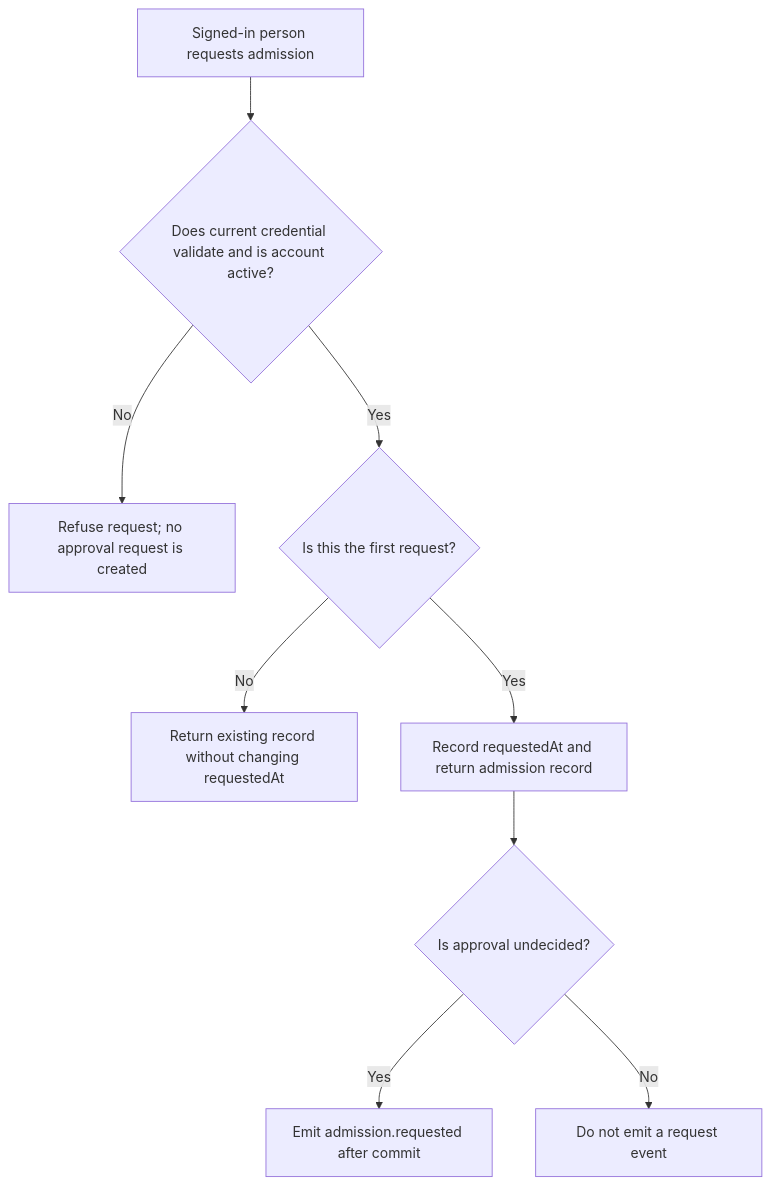
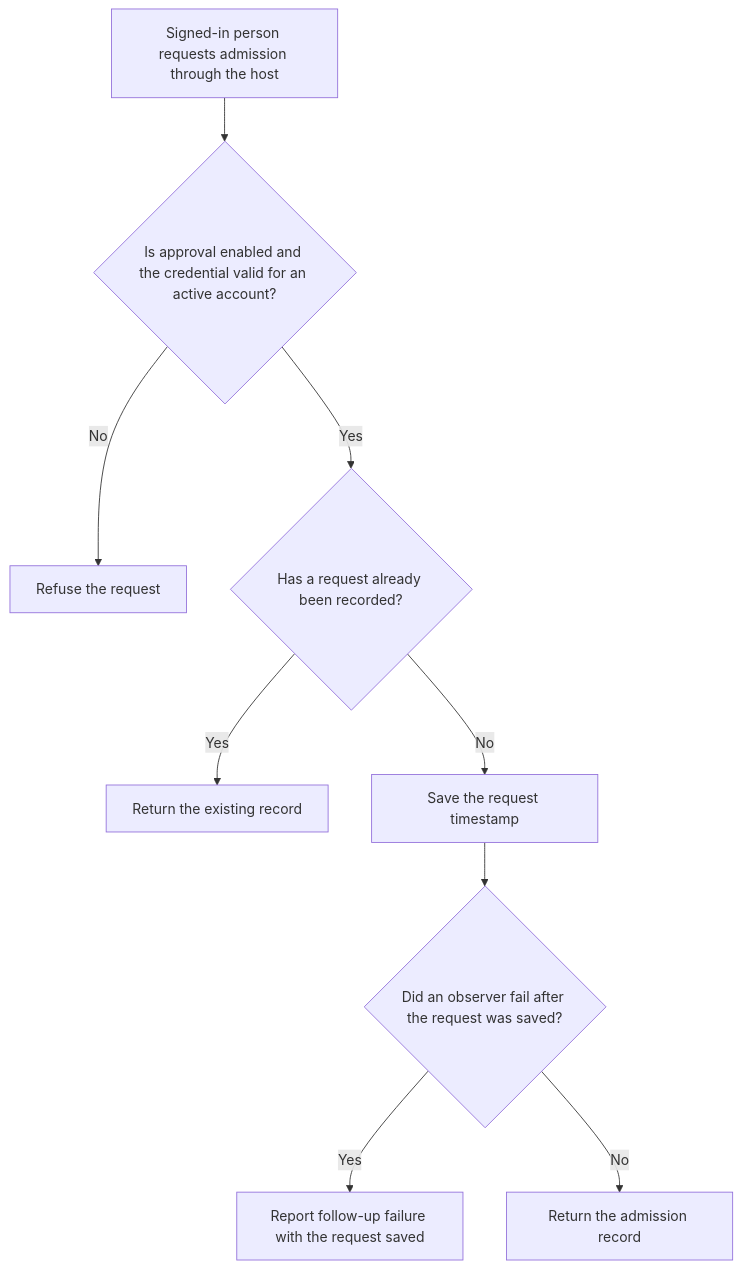
The first of 2 diagrams in user-stories/US-ACCOUNT-24-request-admission.md (Kevinjohn/oss-adonisjs-account-kit), drawn with Mermaid before and after one commit. The commit also changed other lines of this file and 70 other files, not shown here.

````diff
--- a/user-stories/US-ACCOUNT-24-request-admission.md
+++ b/user-stories/US-ACCOUNT-24-request-admission.md
@@ -18,11 +19,11 @@
 ```mermaid
 flowchart TD
- A["Signed-in person requests admission"] --> B{"Does current credential validate and is account active?"}
- B -->|No| C["Refuse request; no approval request is created"]
- B -->|Yes| D{"Is this the first request?"}
- D -->|No| E["Return existing record without changing requestedAt"]
- D -->|Yes| F["Record requestedAt and return admission record"]
- F --> G{"Is approval undecided?"}
- G -->|Yes| H["Emit admission.requested after commit"]
- G -->|No| I["Do not emit a request event"]
+ A["Signed-in person requests admission through the host"] --> B{"Is approval enabled and the credential valid for an active account?"}
+ B -->|No| C["Refuse the request"]
+ B -->|Yes| D{"Has a request already been recorded?"}
+ D -->|Yes| E["Return the existing record"]
+ D -->|No| F["Save the request timestamp"]
+ F --> G{"Did an observer fail after the request was saved?"}
+ G -->|Yes| H["Report follow-up failure with the request saved"]
+ G -->|No| I["Return the admission record"]
 ```
````
